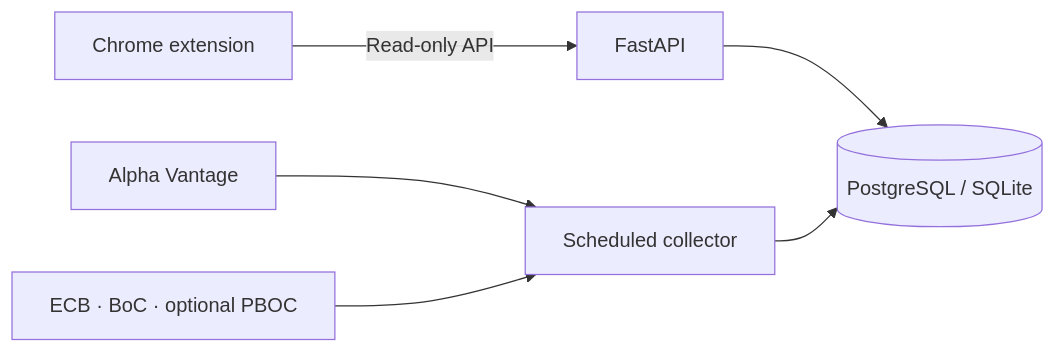
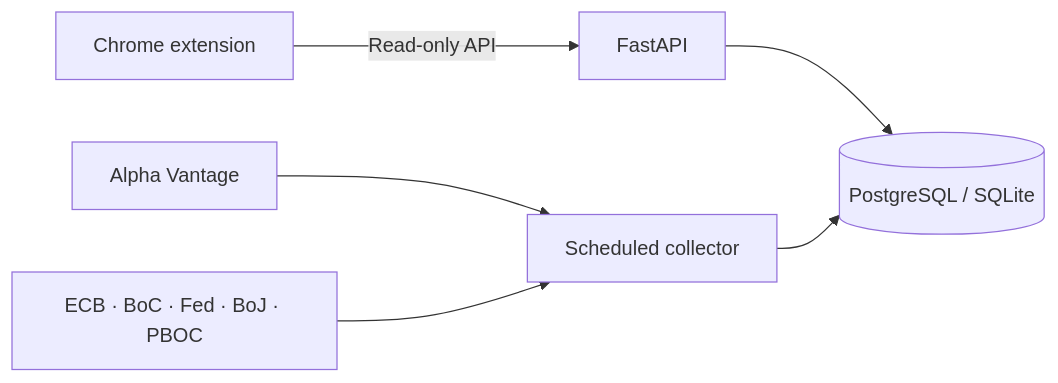
One commit to shianjeng/FX-Pulses changed the diagram in README.md. Above: the diagram before and after it, drawn with Mermaid.

Commit message:
Fix central-bank list in README architecture diagram

````diff
--- a/README.md
+++ b/README.md
@@ -78,8 +78,8 @@
 ```mermaid
 flowchart LR
     Browser["Chrome extension"] -->|Read-only API| API["FastAPI"]
     API --> DB[("PostgreSQL / SQLite")]
     Alpha["Alpha Vantage"] --> Collector["Scheduled collector"]
-    Banks["ECB · BoC · optional PBOC"] --> Collector
+    Banks["ECB · BoC · Fed · BoJ · PBOC"] --> Collector
     Collector --> DB
 ```
````
